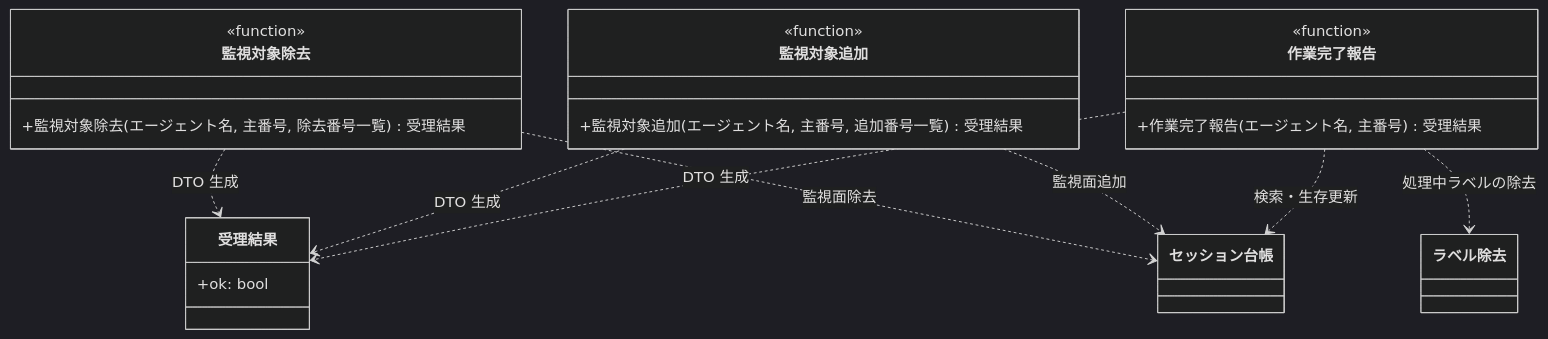
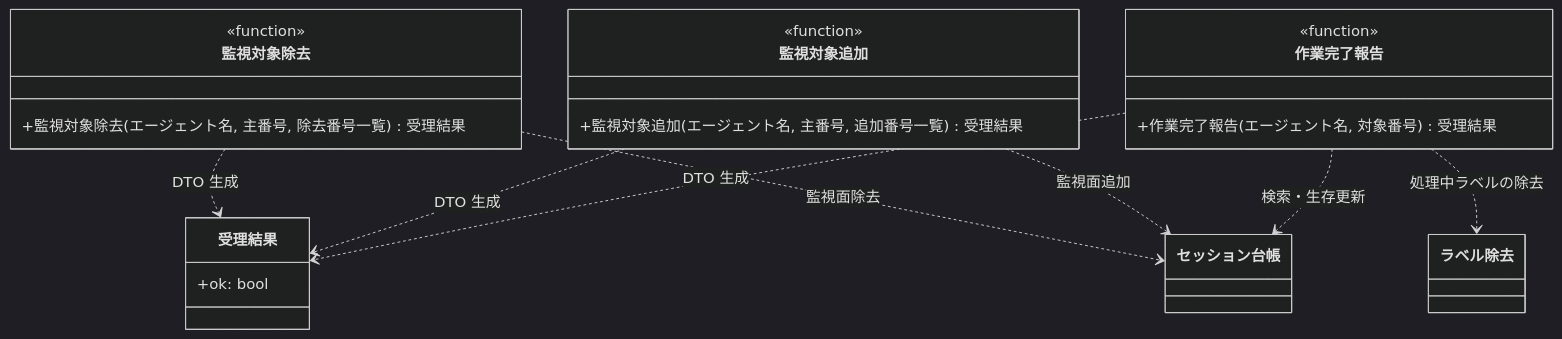
The diagram in docs/wiki/設計図/モジュール構成/MCP/モニター連絡.py.md (shuhei1101/ai-monitor), drawn with Mermaid (dark theme) before and after one commit. The commit also changed other lines of this file and 60 other files, not shown here.

````diff
--- a/docs/wiki/設計図/モジュール構成/MCP/モニター連絡.py.md
+++ b/docs/wiki/設計図/モジュール構成/MCP/モニター連絡.py.md
@@ -33,33 +33,33 @@
 ```mermaid
 classDiagram
   作業完了報告 ..> 受理結果 : DTO 生成
   作業完了報告 ..> セッション台帳 : 検索・生存更新
   作業完了報告 ..> ラベル除去 : 処理中ラベルの除去
   監視対象追加 ..> 受理結果 : DTO 生成
   監視対象追加 ..> セッション台帳 : 監視面追加
   監視対象除去 ..> 受理結果 : DTO 生成
   監視対象除去 ..> セッション台帳 : 監視面除去
 
   class 受理結果 {
     +ok: bool
   }
   class 作業完了報告 {
     <<function>>
-    +作業完了報告(エージェント名, 主番号) 受理結果
+    +作業完了報告(エージェント名, 対象番号) 受理結果
   }
   class 監視対象追加 {
     <<function>>
     +監視対象追加(エージェント名, 主番号, 追加番号一覧) 受理結果
   }
   class 監視対象除去 {
     <<function>>
     +監視対象除去(エージェント名, 主番号, 除去番号一覧) 受理結果
   }
 
   click 受理結果 href "#受理結果"
   click 作業完了報告 href "#作業完了報告"
   click 監視対象追加 href "#監視対象追加"
   click 監視対象除去 href "#監視対象除去"
   click セッション台帳 href "../モニター/エージェント管理.py.md#セッション台帳"
   click ラベル除去 href "../モニター/GitHub連携.py.md#ラベル除去"
 ```
````
